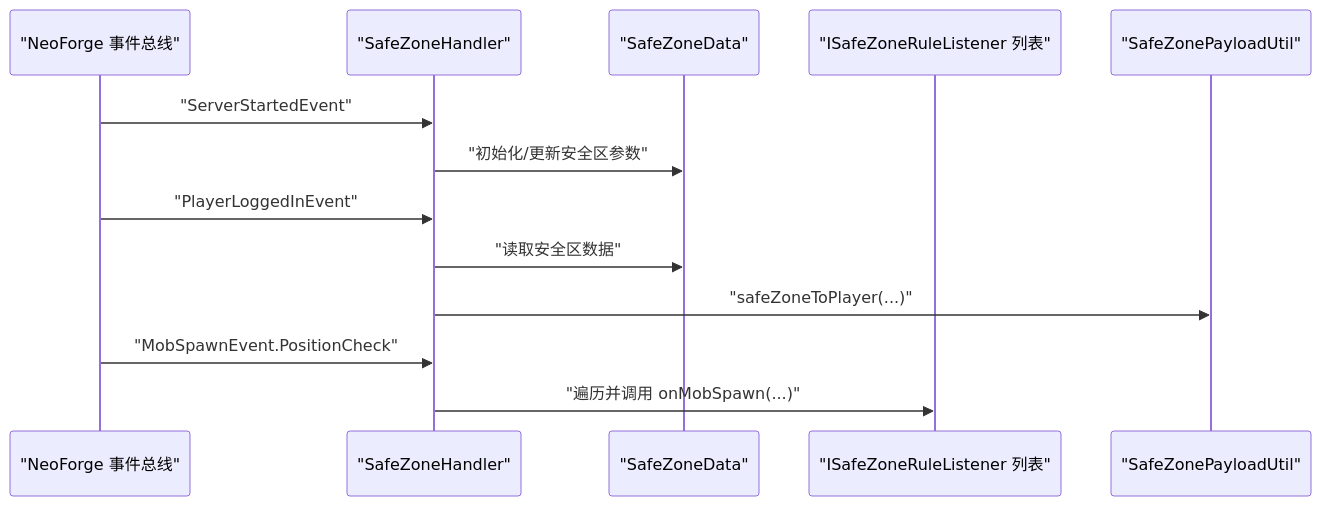
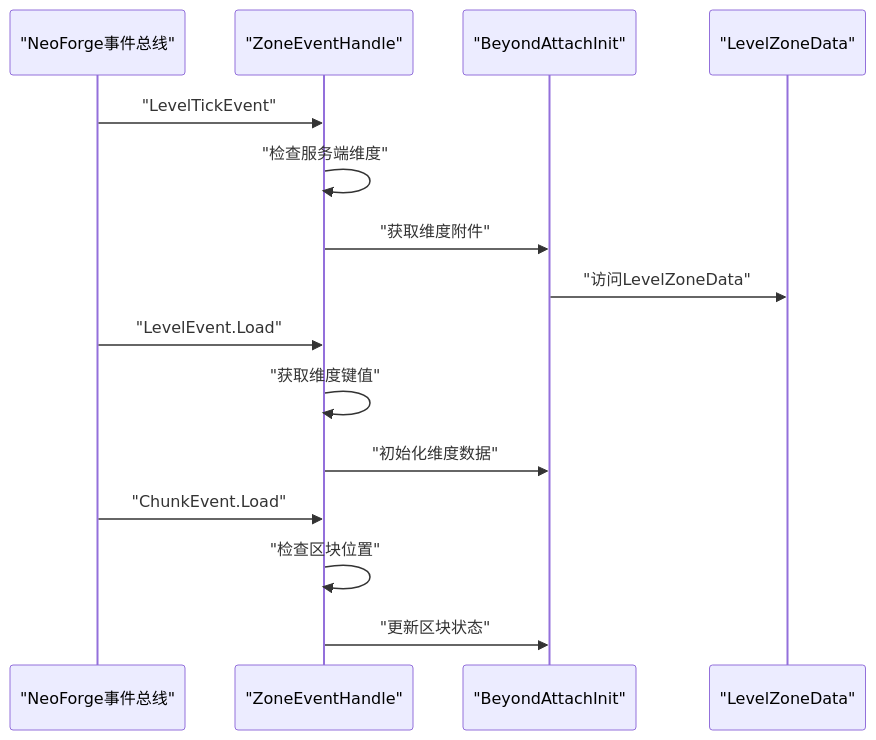
The third of 4 diagrams in .qoder/repowiki/zh/content/模块架构/Beyond安全区模块/事件处理系统.md (Ver-shift/SubModulesGeneHunter), drawn with Mermaid before and after one commit. The commit also changed other lines of this file and 42 other files, not shown here.

````diff
--- a/.qoder/repowiki/zh/content/模块架构/Beyond安全区模块/事件处理系统.md
+++ b/.qoder/repowiki/zh/content/模块架构/Beyond安全区模块/事件处理系统.md
@@ -160,15 +144,17 @@
 ```mermaid
 sequenceDiagram
-participant NF as "NeoForge 事件总线"
-participant SH as "SafeZoneHandler"
-participant SZD as "SafeZoneData"
-participant ISR as "ISafeZoneRuleListener 列表"
-participant SZPU as "SafeZonePayloadUtil"
-NF->>SH : "ServerStartedEvent"
-SH->>SZD : "初始化/更新安全区参数"
-NF->>SH : "PlayerLoggedInEvent"
-SH->>SZD : "读取安全区数据"
-SH->>SZPU : "safeZoneToPlayer(...)"
-NF->>SH : "MobSpawnEvent.PositionCheck"
-SH->>ISR : "遍历并调用 onMobSpawn(...)"
+participant NF as "NeoForge事件总线"
+participant ZEH as "ZoneEventHandle"
+participant BAI as "BeyondAttachInit"
+participant LED as "LevelZoneData"
+NF->>ZEH : "LevelTickEvent"
+ZEH->>ZEH : "检查服务端维度"
+ZEH->>BAI : "获取维度附件"
+BAI->>LED : "访问LevelZoneData"
+NF->>ZEH : "LevelEvent.Load"
+ZEH->>ZEH : "获取维度键值"
+ZEH->>BAI : "初始化维度数据"
+NF->>ZEH : "ChunkEvent.Load"
+ZEH->>ZEH : "检查区块位置"
+ZEH->>BAI : "更新区块状态"
 ```
````
